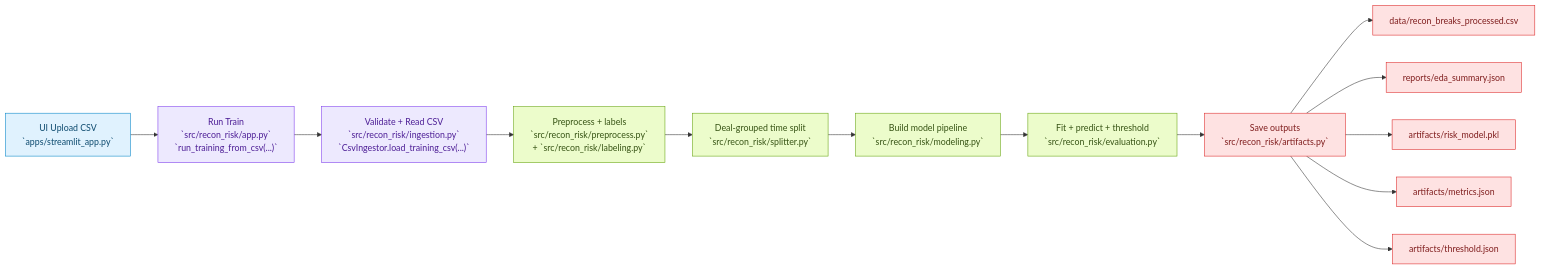
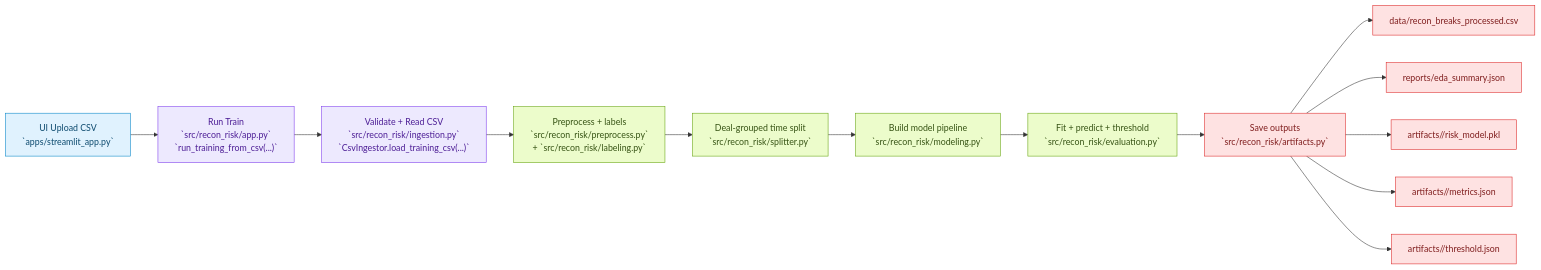
One commit to mppaliwal/financial-recon-risk-model changed the second of 3 diagrams in docs/flow_visualization.md. Above: the diagram before and after it, drawn with Mermaid. The commit also changed other lines of this file and 10 other files, not shown here.

````diff
--- a/docs/flow_visualization.md
+++ b/docs/flow_visualization.md
@@ -42,31 +42,31 @@
 ```mermaid
 flowchart LR
     %% ---------- Styles ----------
     classDef ui fill:#e0f2fe,stroke:#0284c7,color:#0c4a6e,stroke-width:1px;
     classDef orchestration fill:#ede9fe,stroke:#7c3aed,color:#4c1d95,stroke-width:1px;
     classDef core fill:#ecfccb,stroke:#65a30d,color:#365314,stroke-width:1px;
     classDef output fill:#fee2e2,stroke:#dc2626,color:#7f1d1d,stroke-width:1px;
 
     %% ---------- Nodes ----------
     A["UI Upload CSV<br/>`apps/streamlit_app.py`"]:::ui
     B["Run Train<br/>`src/recon_risk/app.py`<br/>`run_training_from_csv(...)`"]:::orchestration
     C["Validate + Read CSV<br/>`src/recon_risk/ingestion.py`<br/>`CsvIngestor.load_training_csv(...)`"]:::orchestration
     D["Preprocess + labels<br/>`src/recon_risk/preprocess.py`<br/>+ `src/recon_risk/labeling.py`"]:::core
     E["Deal-grouped time split<br/>`src/recon_risk/splitter.py`"]:::core
     F["Build model pipeline<br/>`src/recon_risk/modeling.py`"]:::core
     G["Fit + predict + threshold<br/>`src/recon_risk/evaluation.py`"]:::core
     H["Save outputs<br/>`src/recon_risk/artifacts.py`"]:::output
     I["`data/recon_breaks_processed.csv`"]:::output
     J["`reports/eda_summary.json`"]:::output
-    K["`artifacts/risk_model.pkl`"]:::output
-    L["`artifacts/metrics.json`"]:::output
-    M["`artifacts/threshold.json`"]:::output
+    K["`artifacts/<model_name>/risk_model.pkl`"]:::output
+    L["`artifacts/<model_name>/metrics.json`"]:::output
+    M["`artifacts/<model_name>/threshold.json`"]:::output
 
     %% ---------- Edges ----------
     A --> B --> C --> D --> E --> F --> G --> H
     H --> I
     H --> J
     H --> K
     H --> L
     H --> M
 ```
````
